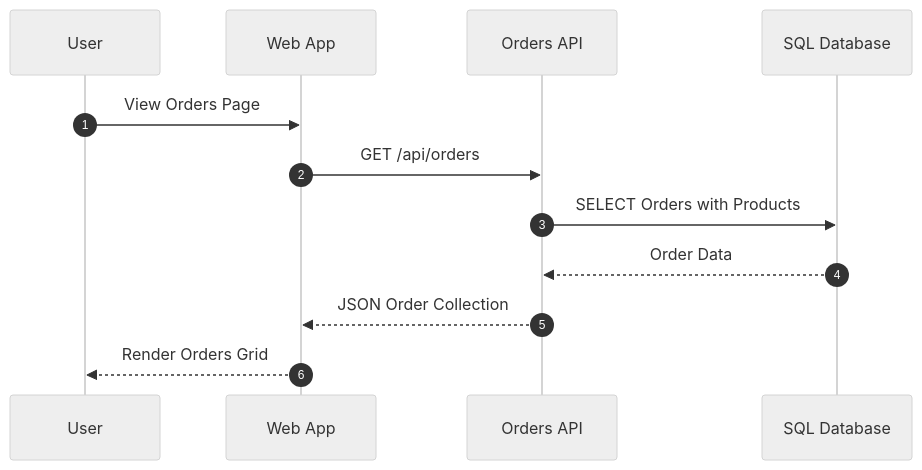
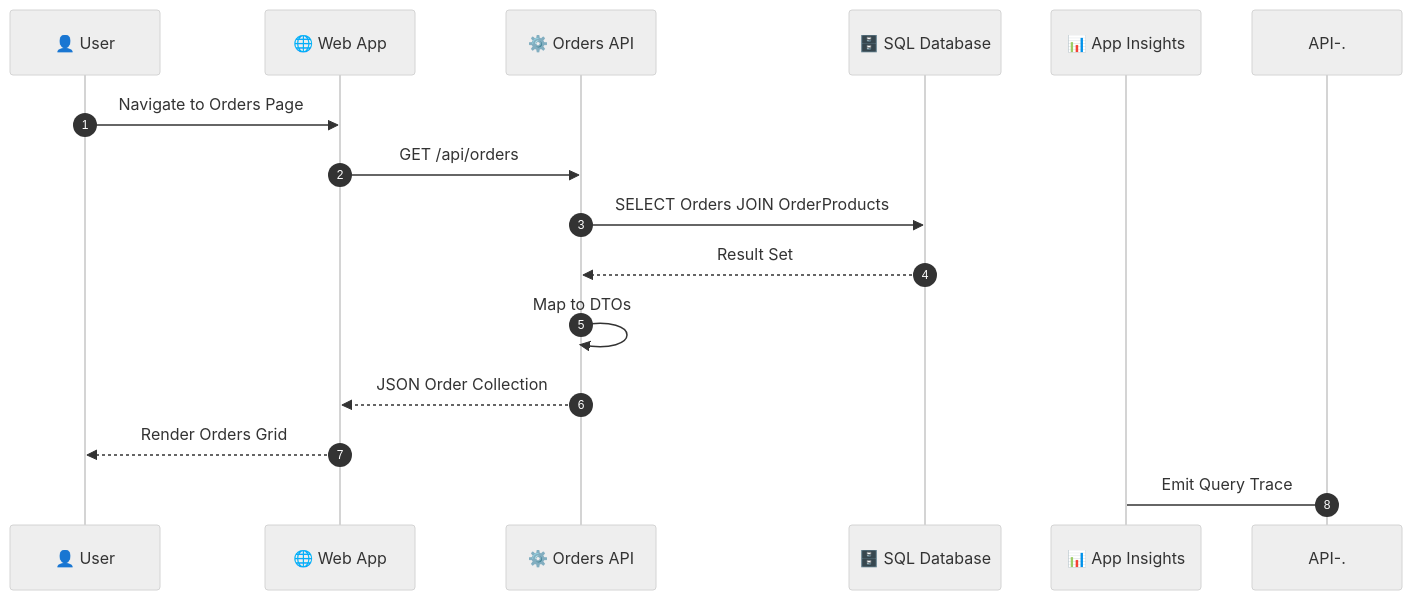
Before and after one commit to Evilazaro/Azure-LogicApps-Monitoring: the third of 4 diagrams in docs/architecture/02-data-architecture.md, drawn with Mermaid (neutral theme). The commit also changed other lines of this file, not shown here.

Commit message:
Enhance data architecture documentation with detailed descriptions, improved flowcharts, and telemetry integration for Azure Logic Apps Monitoring Solution

````diff
--- a/docs/architecture/02-data-architecture.md
+++ b/docs/architecture/02-data-architecture.md
@@ -82,15 +127,19 @@
 ```mermaid
 sequenceDiagram
     autonumber
-    participant User as User
-    participant Web as Web App
-    participant API as Orders API
-    participant DB as SQL Database
+    participant User as 👤 User
+    participant Web as 🌐 Web App
+    participant API as ⚙️ Orders API
+    participant DB as 🗄️ SQL Database
+    participant AI as 📊 App Insights
 
-    User->>Web: View Orders Page
+    User->>Web: Navigate to Orders Page
     Web->>API: GET /api/orders
-    API->>DB: SELECT Orders with Products
-    DB-->>API: Order Data
+    API->>DB: SELECT Orders JOIN OrderProducts
+    DB-->>API: Result Set
+    API->>API: Map to DTOs
     API-->>Web: JSON Order Collection
     Web-->>User: Render Orders Grid
+    
+    API-.->AI: Emit Query Trace
 ```
````
